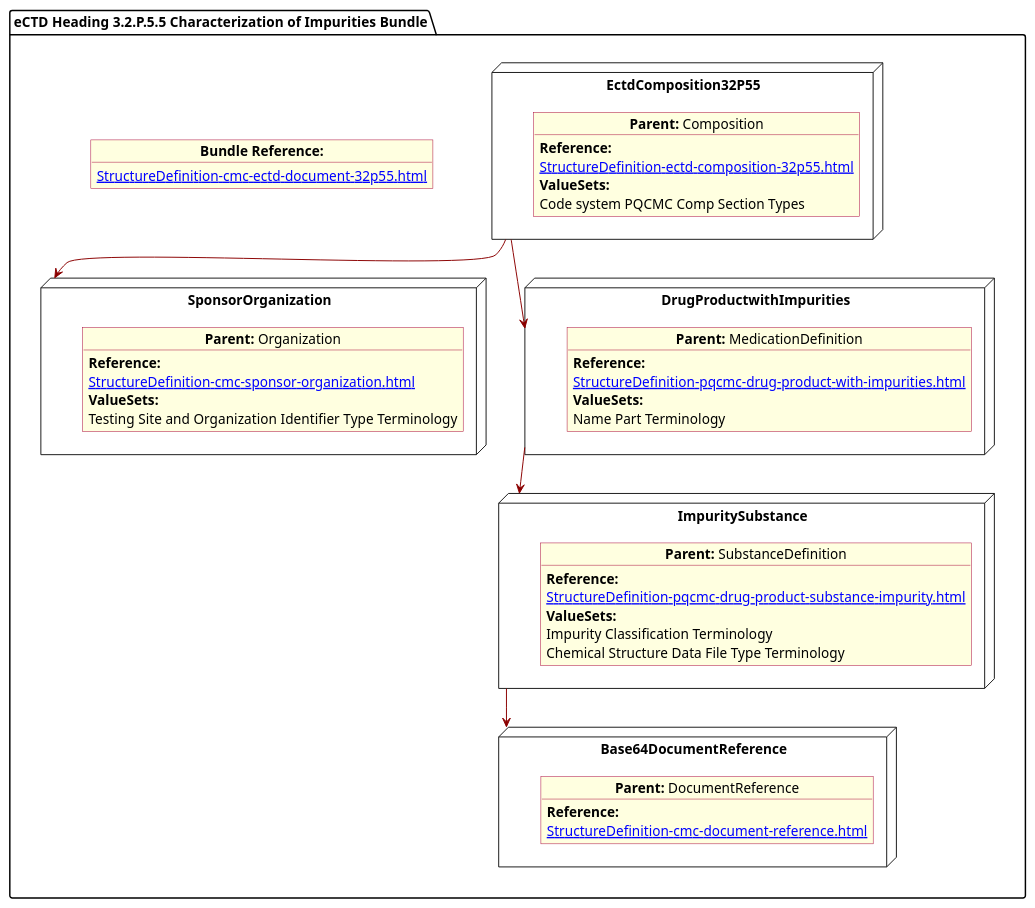
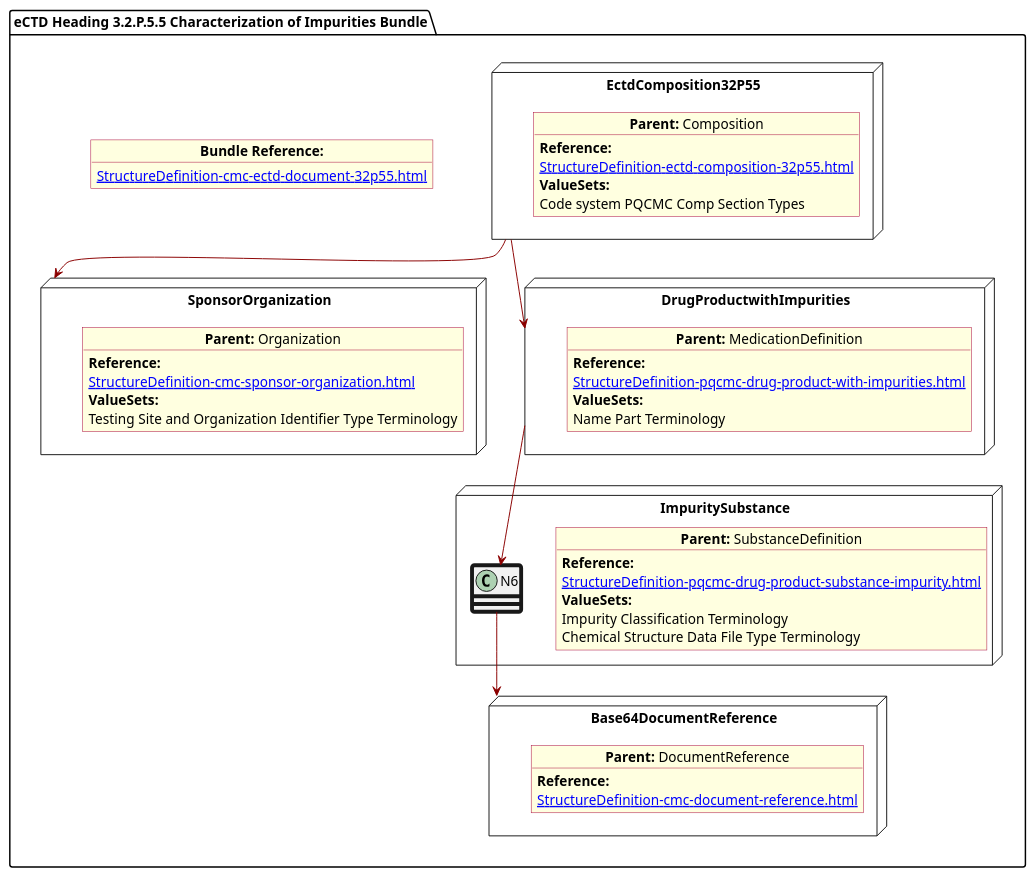
The diagram in input/images-source/CharacImprity.plantuml (HL7/FHIR-us-pq-cmc-fda), drawn with PlantUML before and after one commit. The commit also changed 4 other files, not shown here.

```diff
--- a/input/images-source/CharacImprity.plantuml
+++ b/input/images-source/CharacImprity.plantuml
@@ -1,76 +1,74 @@
 @startuml CharacImprity
 allowmixing
 'Mixed model of use case and object
 skinparam svgDimensionStyle false
 skinparam ObjectBackgroundColor LightYellow
 skinparam ObjectBorderColor #A80036
 skinparam activityDiamondBorderColor #A80036
 skinparam activityDiamondBackgroundColor lawnGreen
 skinparam ClassBorderThickness 4
 
 package "eCTD Heading 3.2.P.5.5 Characterization of Impurities Bundle" as NODES {
 
   object "**Bundle Reference:**" as objbun {
     [[StructureDefinition-cmc-ectd-document-32p55.html]]
   }
 
 
   node "EctdComposition32P55" as N1 {
 
     object "**Parent:** Composition" as obj1 {
       **Reference:**
       [[StructureDefinition-ectd-composition-32p55.html]]
       **ValueSets:**
       Code system PQCMC Comp Section Types
     }
   }
   node "Base64DocumentReference" as NB64 {
 
     object "**Parent:** DocumentReference"  as obj64 {
 
       **Reference:**
       [[StructureDefinition-cmc-document-reference.html]]
     }
 
   }
   node "SponsorOrganization" as NSO {
 
     object "**Parent:** Organization" as objAu {
       **Reference:**
       [[StructureDefinition-cmc-sponsor-organization.html]]
       **ValueSets:**
       Testing Site and Organization Identifier Type Terminology
     }
   }
 
 
   node "DrugProductwithImpurities" as NN {
 
     object "**Parent:** MedicationDefinition" as obj3 {
 
       **Reference:**
       [[StructureDefinition-pqcmc-drug-product-with-impurities.html]]
       **ValueSets:**
       Name Part Terminology
     }
   }
 
-  node "ImpuritySubstance" as N6 {
+   node "ImpuritySubstance" as N6 {
 
     object "**Parent:** SubstanceDefinition" as obj2 {
       **Reference:**
       [[StructureDefinition-pqcmc-drug-product-substance-impurity.html]]
       **ValueSets:**
       Impurity Classification Terminology
       Chemical Structure Data File Type Terminology
     }
-
-  }
-
+    
   N1 -[#darkred]-> NSO
   NN -[#darkred]-> N6
   N1 -[#darkred]-> NN
   N6 -[#darkred]-> NB64
 
 }
 @enduml
```
